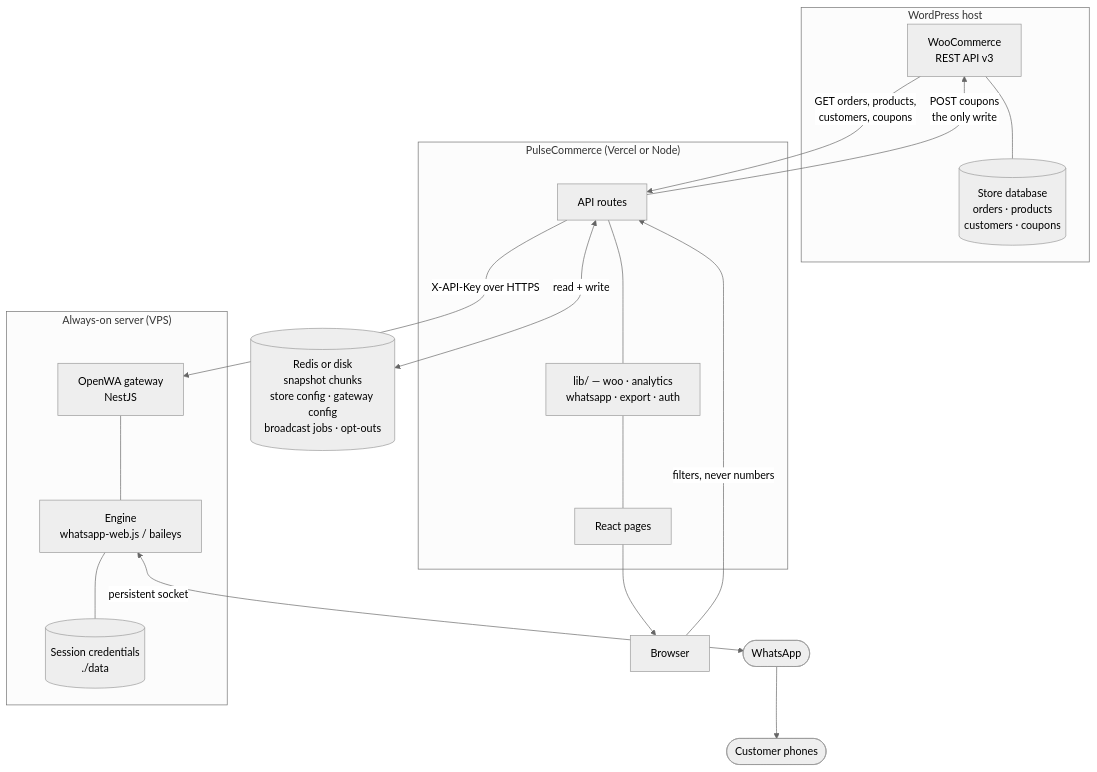
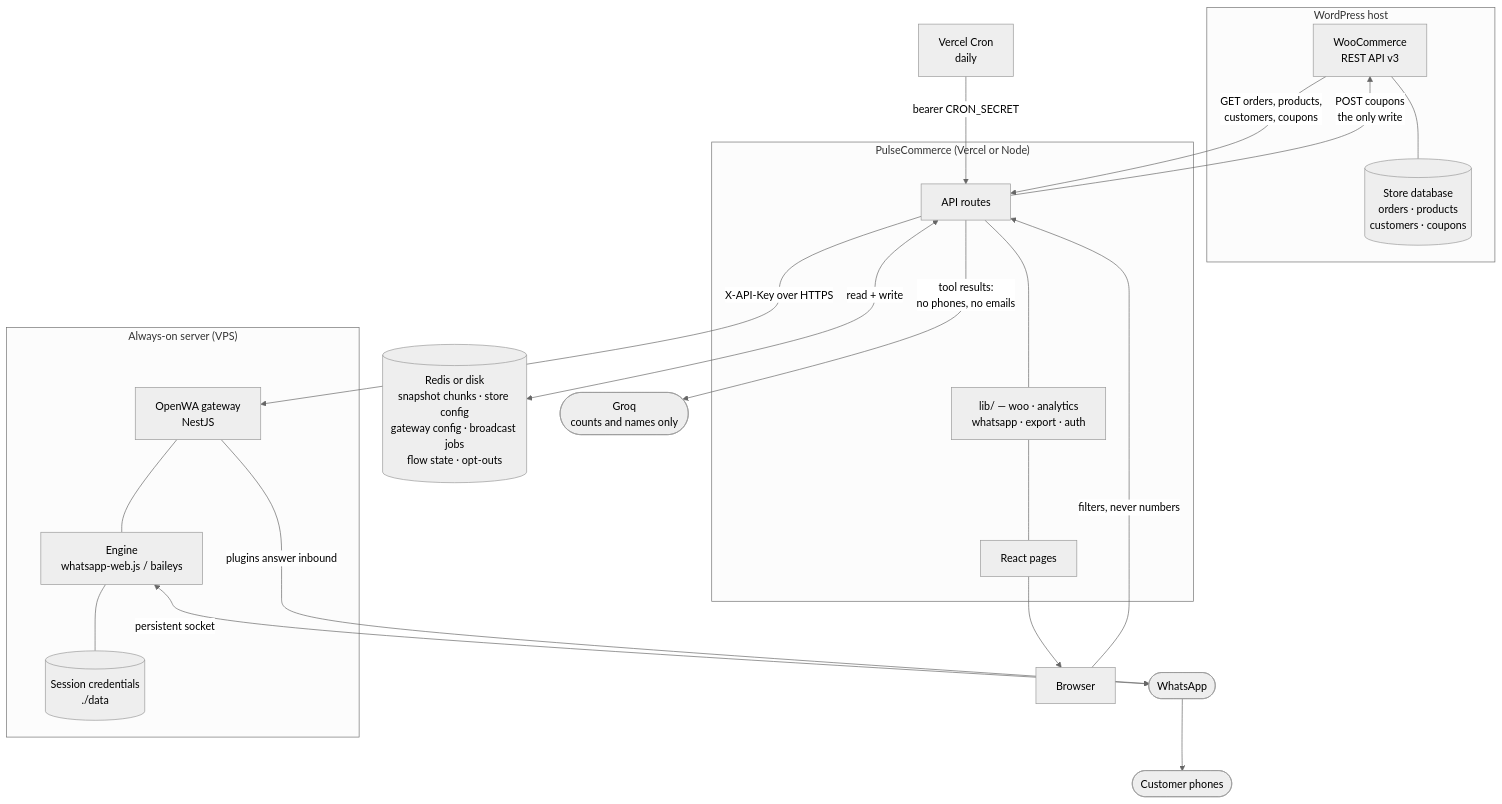
One commit to Setups-Works/PulseCommerce changed the first of 11 diagrams in README.md. Above: the diagram before and after it, drawn with Mermaid (neutral theme). The commit also changed other lines of this file, not shown here.

First line of the commit message:
Rewrite the architecture and pipelines around what now exists

````diff
--- a/README.md
+++ b/README.md
@@ -533,39 +536,44 @@
 ```mermaid
 graph TB
     subgraph store["WordPress host"]
         WC["WooCommerce<br/>REST API v3"]
         DB[("Store database<br/>orders · products<br/>customers · coupons")]
         WC --- DB
     end
 
     subgraph vps["Always-on server (VPS)"]
         OWA["OpenWA gateway<br/>NestJS"]
         ENGINE["Engine<br/>whatsapp-web.js / baileys"]
         AUTH[("Session credentials<br/>./data")]
         OWA --- ENGINE
         ENGINE --- AUTH
     end
 
     subgraph pulse["PulseCommerce (Vercel or Node)"]
         ROUTES["API routes"]
         LIB["lib/ — woo · analytics<br/>whatsapp · export · auth"]
         SSR["React pages"]
         ROUTES --- LIB
         LIB --- SSR
     end
 
-    KV[("Redis or disk<br/>snapshot chunks<br/>store config · gateway config<br/>broadcast jobs · opt-outs")]
+    KV[("Redis or disk<br/>snapshot chunks · store config<br/>gateway config · broadcast jobs<br/>flow state · opt-outs")]
 
+    CRON["Vercel Cron<br/>daily"]
+    GROQ(["Groq<br/>counts and names only"])
     BROWSER["Browser"]
     WA(["WhatsApp"])
     CUST(["Customer phones"])
 
     WC -->|"GET orders, products,<br/>customers, coupons"| ROUTES
     ROUTES -->|"POST coupons<br/>the only write"| WC
     ROUTES <-->|"read + write"| KV
     ROUTES -->|"X-API-Key over HTTPS"| OWA
+    ROUTES -->|"tool results:<br/>no phones, no emails"| GROQ
+    CRON -->|"bearer CRON_SECRET"| ROUTES
     ENGINE <-->|"persistent socket"| WA
+    OWA -->|"plugins answer inbound"| WA
     WA --> CUST
     SSR --> BROWSER
     BROWSER -->|"filters, never numbers"| ROUTES
 ```
````
